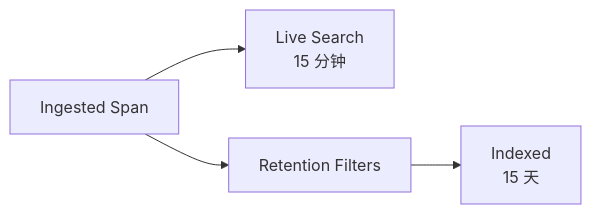
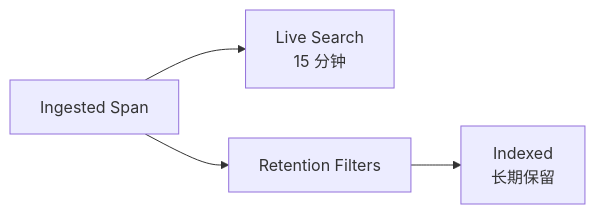
Diagram 19 of 24 in docs/datadog/apm-sampling.md (XiaoWeiKIN/Observability-Lab), drawn with Mermaid before and after one commit. The commit also changed other lines of this file, not shown here.

```diff
--- a/docs/datadog/apm-sampling.md
+++ b/docs/datadog/apm-sampling.md
@@ -1173,10 +1169,10 @@
 ~~~mermaid
 flowchart LR
     I[Ingested Span]
     L[Live Search<br/>15 分钟]
     F[Retention Filters]
-    X[Indexed<br/>15 天]
+    X[Indexed<br/>长期保留]
 
     I --> L
     I --> F --> X
 ~~~
```
